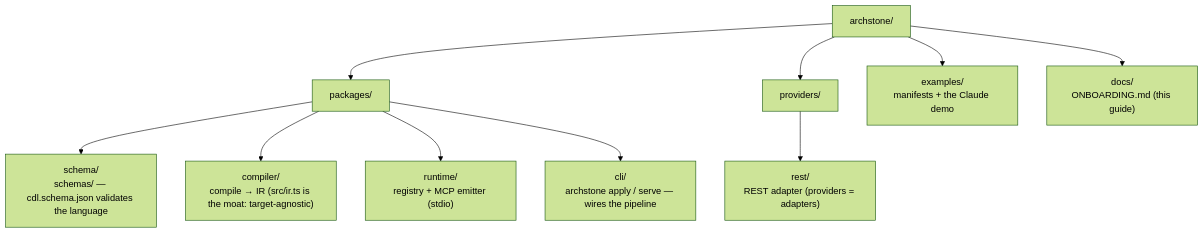
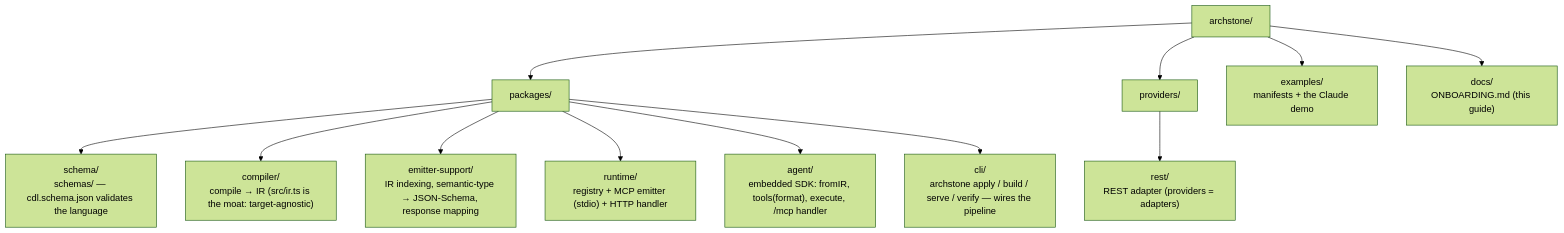
One commit to Archstone-Romania/archstone changed the second of 2 diagrams in docs/ONBOARDING.md. Above: the diagram before and after it, drawn with Mermaid (forest theme). The commit also changed other lines of this file and 21 other files, not shown here.

````diff
--- a/docs/ONBOARDING.md
+++ b/docs/ONBOARDING.md
@@ -334,13 +518,15 @@
 ```mermaid
 flowchart TD
     ROOT["archstone/"]
     ROOT --> PKG["packages/"]
     PKG --> SCHEMA["schema/<br/>schemas/ — cdl.schema.json validates the language"]
     PKG --> COMPILER["compiler/<br/>compile → IR (src/ir.ts is the moat: target-agnostic)"]
-    PKG --> RUNTIME["runtime/<br/>registry + MCP emitter (stdio)"]
-    PKG --> CLI["cli/<br/>archstone apply / serve — wires the pipeline"]
+    PKG --> EMITTER["emitter-support/<br/>IR indexing, semantic-type → JSON-Schema, response mapping"]
+    PKG --> RUNTIME["runtime/<br/>registry + MCP emitter (stdio) + HTTP handler"]
+    PKG --> AGENT["agent/<br/>embedded SDK: fromIR, tools(format), execute, /mcp handler"]
+    PKG --> CLI["cli/<br/>archstone apply / build / serve / verify — wires the pipeline"]
     ROOT --> PROVIDERS["providers/"]
     PROVIDERS --> REST["rest/<br/>REST adapter (providers = adapters)"]
     ROOT --> EXAMPLES["examples/<br/>manifests + the Claude demo"]
     ROOT --> DOCS["docs/<br/>ONBOARDING.md (this guide)"]
 ```
````
